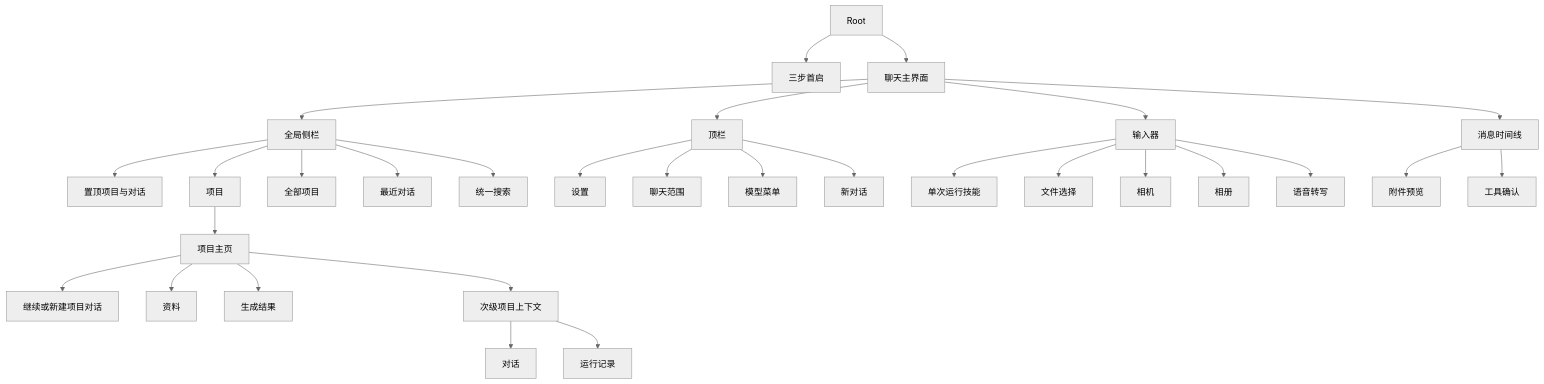
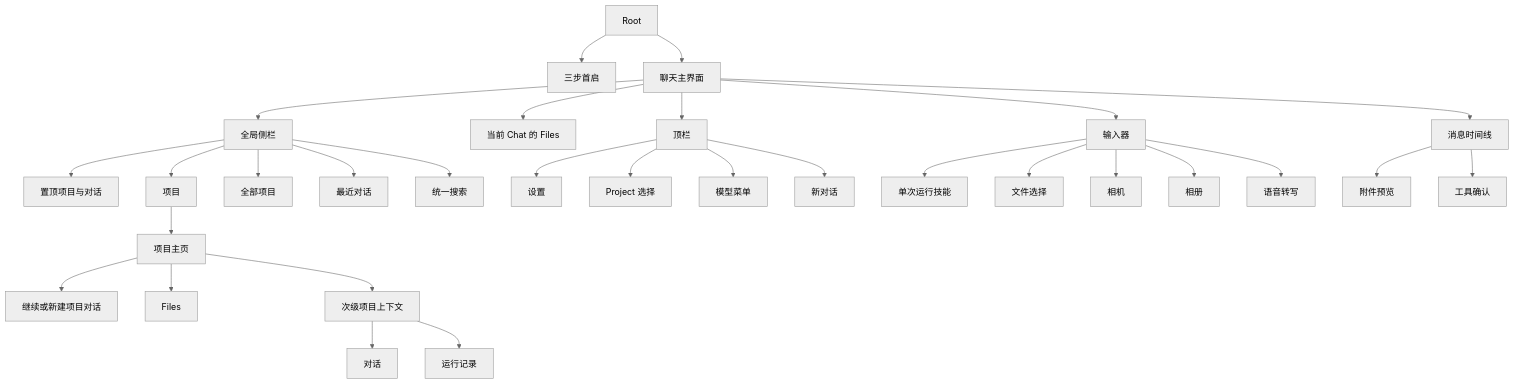
One commit to IsaacHuo/Familiar changed the diagram in docs/03-ui-ux-design.md. Above: the diagram before and after it, drawn with Mermaid (neutral theme). The commit also changed other lines of this file and 6 other files, not shown here.

Commit message:
docs: document the Files convergence and schema migration

````diff
--- a/docs/03-ui-ux-design.md
+++ b/docs/03-ui-ux-design.md
@@ -19,32 +19,32 @@
 ```mermaid
 flowchart TD
     Root[Root] --> Onboarding[三步首启]
     Root --> Chat[聊天主界面]
     Chat --> Drawer[全局侧栏]
     Drawer --> Pinned[置顶项目与对话]
     Drawer --> Projects[项目]
     Drawer --> AllProjects[全部项目]
     Drawer --> Recent[最近对话]
     Drawer --> Search[统一搜索]
     Projects --> ProjectHome[项目主页]
     ProjectHome --> ProjectChat[继续或新建项目对话]
-    ProjectHome --> Resources[资料]
-    ProjectHome --> Artifacts[生成结果]
+    ProjectHome --> ProjectFiles[Files]
+    Chat --> ChatFiles[当前 Chat 的 Files]
     ProjectHome --> Context[次级项目上下文]
     Context --> Conversations[对话]
     Context --> Runs[运行记录]
     Chat --> TopBar[顶栏]
     TopBar --> Settings[设置]
-    TopBar --> Workspace[聊天范围]
+    TopBar --> ProjectScope[Project 选择]
     TopBar --> Model[模型菜单]
     TopBar --> NewConversation[新对话]
     Chat --> Timeline[消息时间线]
     Chat --> Composer[输入器]
     Composer --> Skills[单次运行技能]
     Composer --> Files[文件选择]
     Composer --> Camera[相机]
     Composer --> Photos[相册]
     Composer --> Speech[语音转写]
     Timeline --> Preview[附件预览]
     Timeline --> Confirmation[工具确认]
 ```
````
